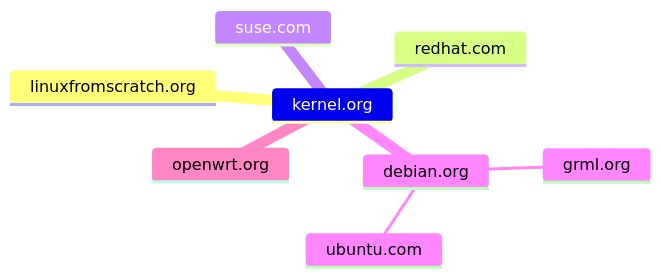
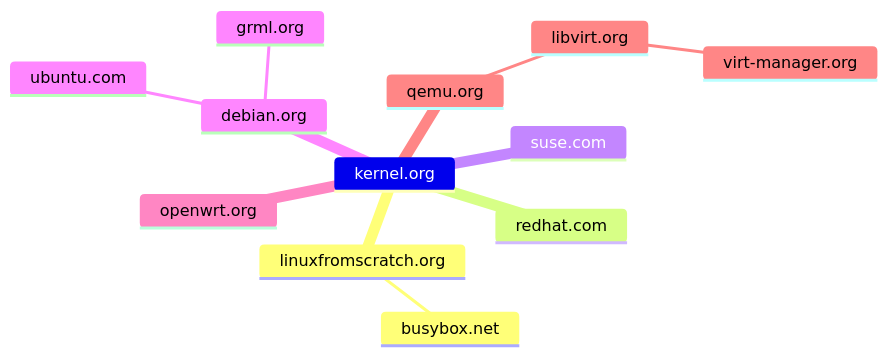
The diagram in l.md (rogernul/temptest), drawn with Mermaid before and after one commit. The commit also changed other lines of this file, not shown here.

````diff
--- a/l.md
+++ b/l.md
@@ -1,11 +1,15 @@
 ```mermaid
 mindmap
 kernel.org
     linuxfromscratch.org
+      busybox.net
     redhat.com
     suse.com
     debian.org
       grml.org
       ubuntu.com
     openwrt.org
+    qemu.org
+      libvirt.org
+        virt-manager.org
 ```
````
